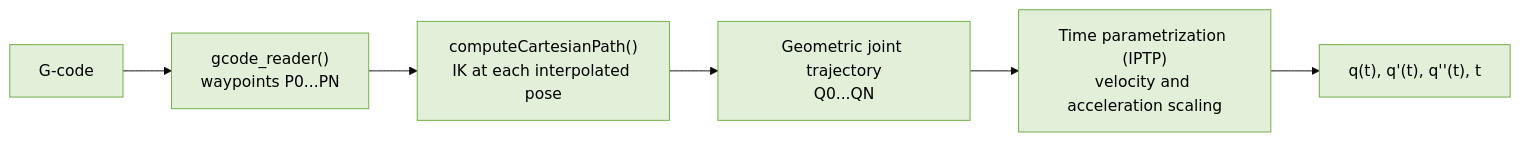
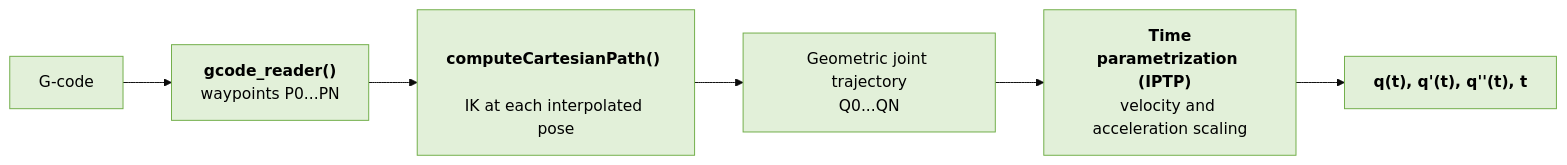
Before and after one commit to PedroAcero/tfm_workspace: the first of 2 diagrams in src/docs/planning.md, drawn with Mermaid (base theme). The commit also changed other lines of this file, not shown here.

Commit message:
Negrita flujos planning.md

````diff
--- a/src/docs/planning.md
+++ b/src/docs/planning.md
@@ -77,15 +77,15 @@
 ```mermaid
 flowchart LR
-    A["G-code"] --> B["gcode_reader()<br/>waypoints P0...PN"]
-    B --> C["computeCartesianPath()<br/>IK at each interpolated pose"]
+    A["G-code"] --> B["<b> gcode_reader() </b><br/>waypoints P0...PN"]
+    B --> C["<b> computeCartesianPath() </b> <br/>IK at each interpolated pose"]
     C --> D["Geometric joint trajectory<br/>Q0...QN"]
-    D --> E["Time parametrization (IPTP)<br/>velocity and acceleration scaling"]
-    E --> F["q(t), q'(t), q''(t), t"]
+    D --> E["<b> Time parametrization (IPTP) </b> <br/>velocity and acceleration scaling"]
+    E --> F["<b> q(t), q'(t), q''(t), t </b>"]
 
     style A fill:#E2F0D9,stroke:#70AD47,color:#000
     style B fill:#E2F0D9,stroke:#70AD47,color:#000
     style C fill:#E2F0D9,stroke:#70AD47,color:#000
     style D fill:#E2F0D9,stroke:#70AD47,color:#000
     style E fill:#E2F0D9,stroke:#70AD47,color:#000
     style F fill:#E2F0D9,stroke:#70AD47,color:#000
 ```
````
